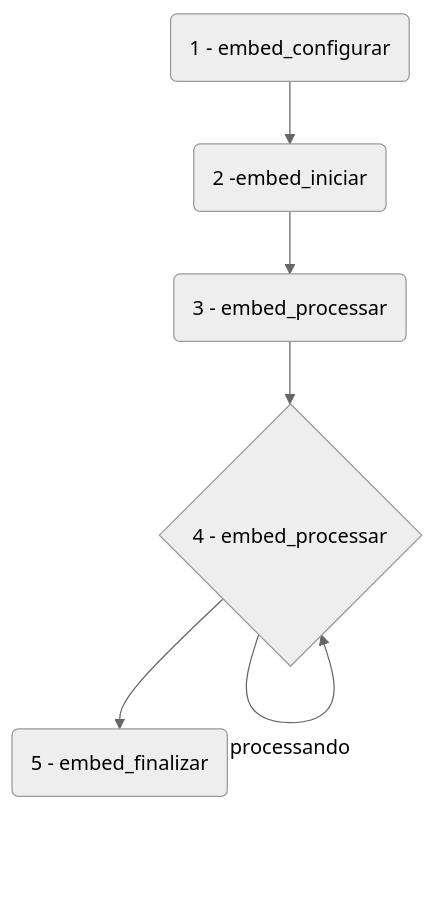
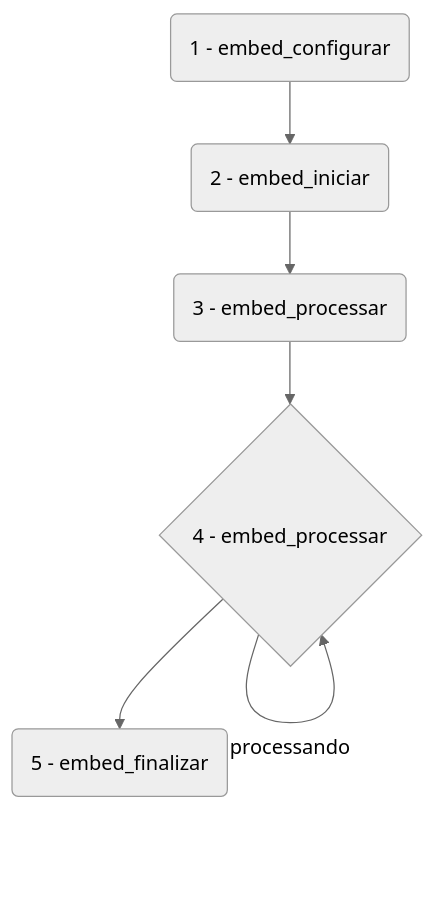
The diagram in README.md (embed-labs/example-lib-embed-python-xml), drawn with Mermaid (neutral theme) before and after one commit. The commit also changed other lines of this file, not shown here.

````diff
--- a/README.md
+++ b/README.md
@@ -23,8 +38,8 @@
 ```mermaid
 graph TD;
-    A(1 - embed_configurar) -->B(2 -embed_iniciar);    
+    A(1 - embed_configurar) -->B(2 - embed_iniciar);    
     B --> C(3 - embed_processar);
     C --> D{4 - embed_processar};
     D --> |processando|D;
     D --> E(5 - embed_finalizar);
 ```
````
